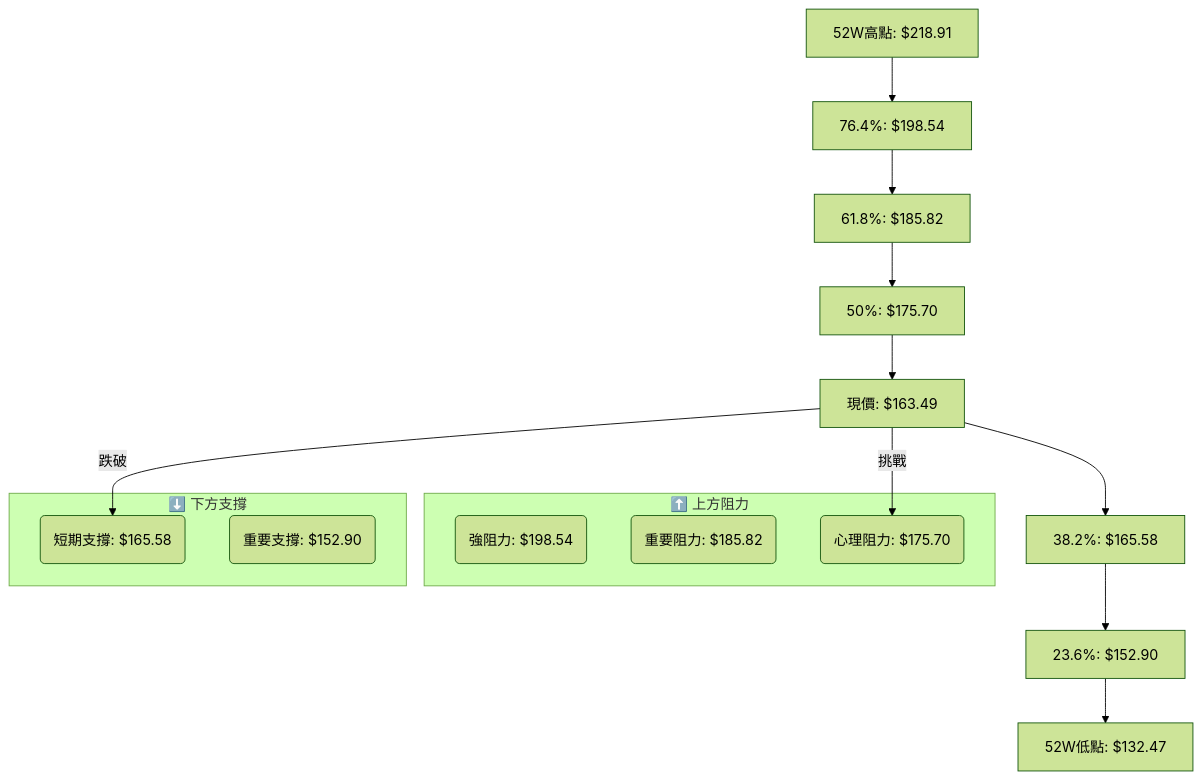
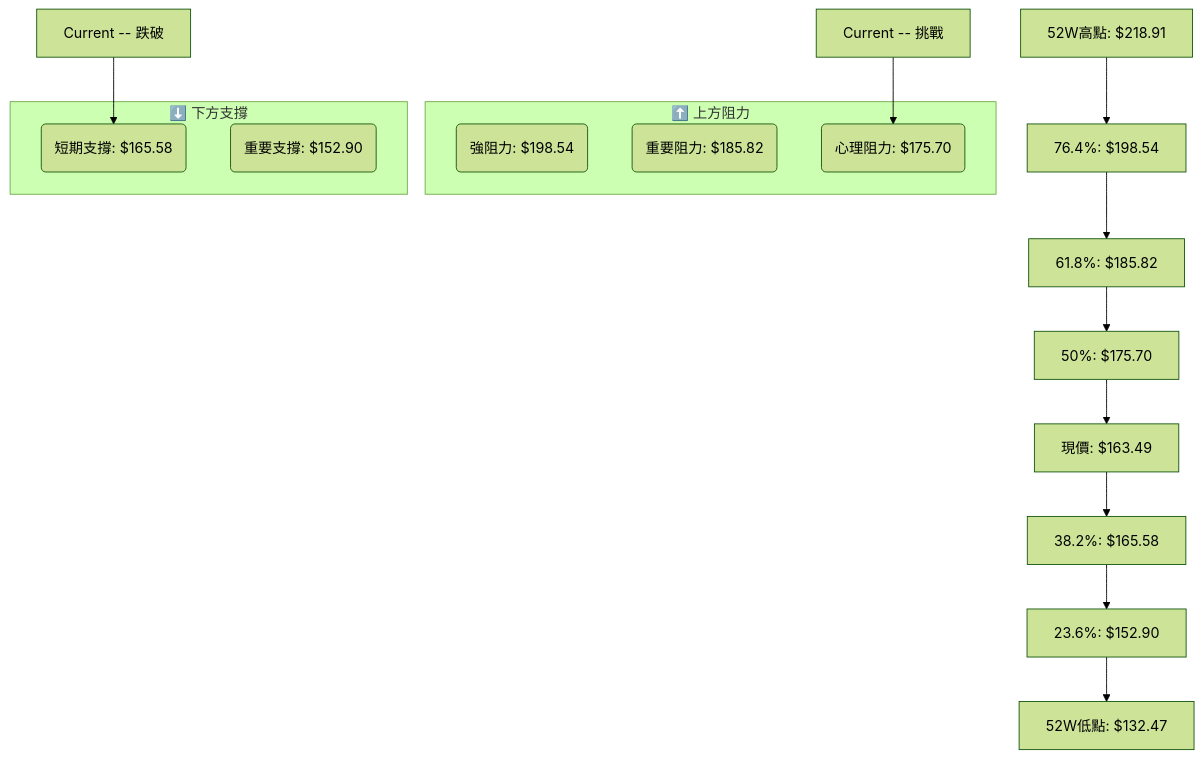
One commit to yennanliu/finance_data changed the sixth of 10 diagrams in ai_gen_report/stock/vst/technical_analysis_2026-06-27_gemini.md. Above: the diagram before and after it, drawn with Mermaid (forest theme). The commit also changed other lines of this file and 2258 other files, not shown here.

First line of the commit message:
chore: backfill Mermaid syntax repair across existing reports

````diff
--- a/ai_gen_report/stock/vst/technical_analysis_2026-06-27_gemini.md
+++ b/ai_gen_report/stock/vst/technical_analysis_2026-06-27_gemini.md
@@ -362,24 +362,24 @@
 ```mermaid
 graph TD
-    High[52W高點: $218.91] --> F76[76.4%: $198.54]
-    F76 --> F61[61.8%: $185.82]
-    F61 --> F50[50%: $175.70]
-    F50 --> Current[現價: $163.49]
-    Current --> F38[38.2%: $165.58]
-    F38 --> F23[23.6%: $152.90]
-    F23 --> Low[52W低點: $132.47]
+    High["52W高點: $218.91"] --> F76["76.4%: $198.54"]
+    F76 --> F61["61.8%: $185.82"]
+    F61 --> F50["50%: $175.70"]
+    F50 --> Current["現價: $163.49"]
+    Current --> F38["38.2%: $165.58"]
+    F38 --> F23["23.6%: $152.90"]
+    F23 --> Low["52W低點: $132.47"]
 
     subgraph 阻力區 ["⬆️ 上方阻力"]
-        R_F76(強阻力: $198.54)
-        R_F61(重要阻力: $185.82)
-        R_F50(心理阻力: $175.70)
+        R_F76("強阻力: $198.54")
+        R_F61("重要阻力: $185.82")
+        R_F50("心理阻力: $175.70")
     end
 
     subgraph 支撐區 ["⬇️ 下方支撐"]
-        S_F38(短期支撐: $165.58)
-        S_F23(重要支撐: $152.90)
+        S_F38("短期支撐: $165.58")
+        S_F23("重要支撐: $152.90")
     end
 
-    Current -- 挑戰 --> R_F50
-    Current -- 跌破 --> S_F38
+    nb1["Current -- 挑戰"] --> R_F50
+    nb2["Current -- 跌破"] --> S_F38
 ```
````
